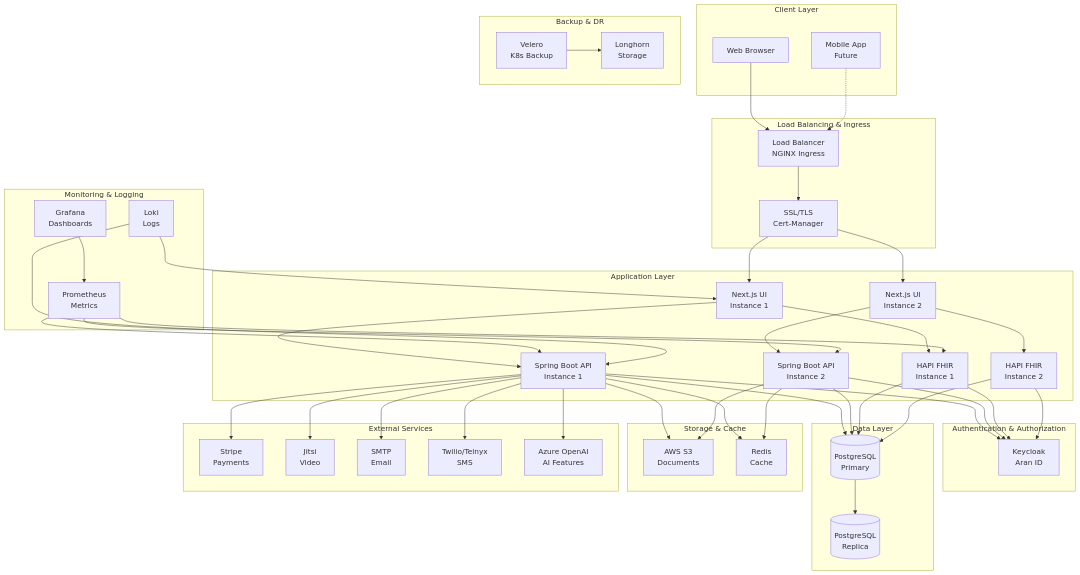
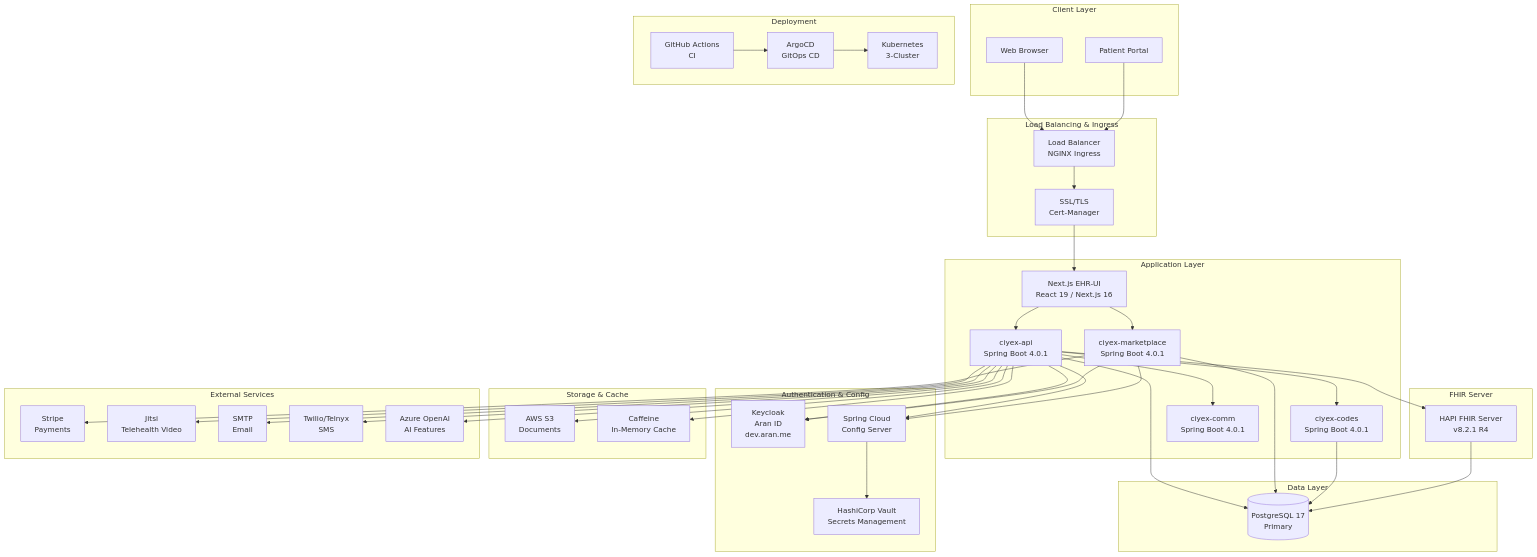
Before and after one commit to ciyex-org/ciyex-org-web: the first of 4 diagrams in docs/architecture.md, drawn with Mermaid. The commit also changed other lines of this file and 10 other files, not shown here.

First line of the commit message:
Update documentation to reflect actual ciyex-api codebase

````diff
--- a/docs/architecture.md
+++ b/docs/architecture.md
@@ -8,88 +8,80 @@
 graph TB
     subgraph "Client Layer"
         WEB[Web Browser]
-        MOBILE[Mobile App<br/>Future]
+        PORTAL[Patient Portal]
     end
-    
+
     subgraph "Load Balancing & Ingress"
         LB[Load Balancer<br/>NGINX Ingress]
         SSL[SSL/TLS<br/>Cert-Manager]
     end
-    
+
     subgraph "Application Layer"
-        UI1[Next.js UI<br/>Instance 1]
-        UI2[Next.js UI<br/>Instance 2]
-        API1[Spring Boot API<br/>Instance 1]
-        API2[Spring Boot API<br/>Instance 2]
-        FHIR1[HAPI FHIR<br/>Instance 1]
-        FHIR2[HAPI FHIR<br/>Instance 2]
+        UI[Next.js EHR-UI<br/>React 19 / Next.js 16]
+        API[ciyex-api<br/>Spring Boot 4.0.1]
+        MKT[ciyex-marketplace<br/>Spring Boot 4.0.1]
+        CODES[ciyex-codes<br/>Spring Boot 4.0.1]
+        COMM[ciyex-comm<br/>Spring Boot 4.0.1]
     end
-    
-    subgraph "Authentication & Authorization"
-        KC[Keycloak<br/>Aran ID]
+
+    subgraph "FHIR Server"
+        FHIR[HAPI FHIR Server<br/>v8.2.1 R4]
     end
-    
+
+    subgraph "Authentication & Config"
+        KC[Keycloak<br/>Aran ID<br/>dev.aran.me]
+        CONFIG[Spring Cloud<br/>Config Server]
+        VAULT[HashiCorp Vault<br/>Secrets Management]
+    end
+
     subgraph "Data Layer"
-        PG[(PostgreSQL<br/>Primary)]
-        PG_REPLICA[(PostgreSQL<br/>Replica)]
+        PG[(PostgreSQL 17<br/>Primary)]
     end
-    
+
     subgraph "Storage & Cache"
         S3[AWS S3<br/>Documents]
-        CACHE[Redis<br/>Cache]
+        CAFFEINE[Caffeine<br/>In-Memory Cache]
     end
-    
+
     subgraph "External Services"
         STRIPE[Stripe<br/>Payments]
-        JITSI[Jitsi<br/>Video]
+        JITSI[Jitsi<br/>Telehealth Video]
         SMTP[SMTP<br/>Email]
         SMS[Twilio/Telnyx<br/>SMS]
         AI[Azure OpenAI<br/>AI Features]
     end
-    
-    subgraph "Monitoring & Logging"
-        PROM[Prometheus<br/>Metrics]
-        GRAF[Grafana<br/>Dashboards]
-        LOKI[Loki<br/>Logs]
+
+    subgraph "Deployment"
+        ARGOCD[ArgoCD<br/>GitOps CD]
+        GHA[GitHub Actions<br/>CI]
+        K8S[Kubernetes<br/>3-Cluster]
     end
-    
-    subgraph "Backup & DR"
-        VELERO[Velero<br/>K8s Backup]
-        LONGHORN[Longhorn<br/>Storage]
-    end
-    
+
     WEB --> LB
-    MOBILE -.-> LB
+    PORTAL --> LB
     LB --> SSL
-    SSL --> UI1
-    SSL --> UI2
-    UI1 --> API1
-    UI2 --> API2
-    UI1 --> FHIR1
-    UI2 --> FHIR2
-    API1 --> KC
-    API2 --> KC
-    FHIR1 --> KC
-    FHIR2 --> KC
-    API1 --> PG
-    API2 --> PG
-    FHIR1 --> PG
-    FHIR2 --> PG
-    PG --> PG_REPLICA
-    API1 --> S3
-    API2 --> S3
-    API1 --> CACHE
-    API2 --> CACHE
-    API1 --> STRIPE
-    API1 --> JITSI
-    API1 --> SMTP
-    API1 --> SMS
-    API1 --> AI
-    PROM --> API1
-    PROM --> API2
-    PROM --> FHIR1
-    GRAF --> PROM
-    LOKI --> UI1
-    LOKI --> API1
-    VELERO --> LONGHORN
+    SSL --> UI
+    UI --> API
+    UI --> MKT
+    API --> FHIR
+    API --> CODES
+    API --> COMM
+    API --> KC
+    MKT --> KC
+    API --> PG
+    MKT --> PG
+    CODES --> PG
+    FHIR --> PG
+    API --> CONFIG
+    MKT --> CONFIG
+    CONFIG --> VAULT
+    API --> S3
+    API --> CAFFEINE
+    MKT --> STRIPE
+    API --> JITSI
+    API --> SMTP
+    API --> SMS
+    API --> AI
+    GHA --> ARGOCD
+    ARGOCD --> K8S
 ```
````
